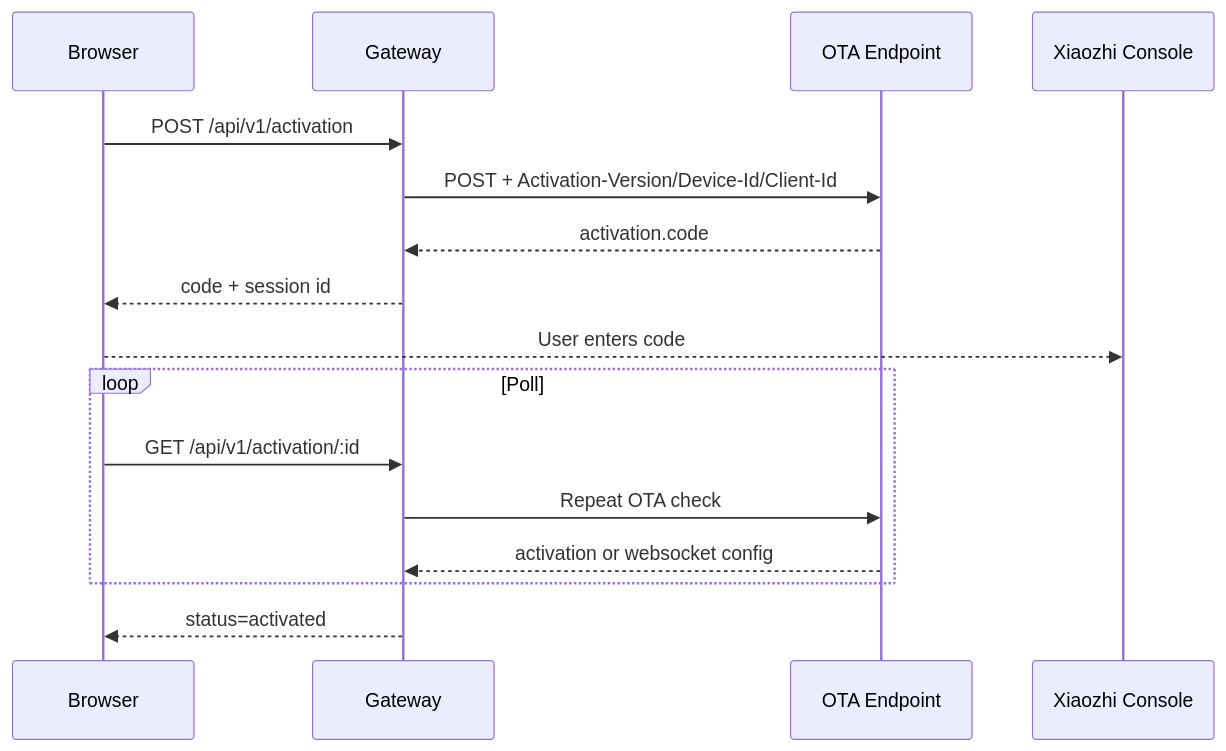
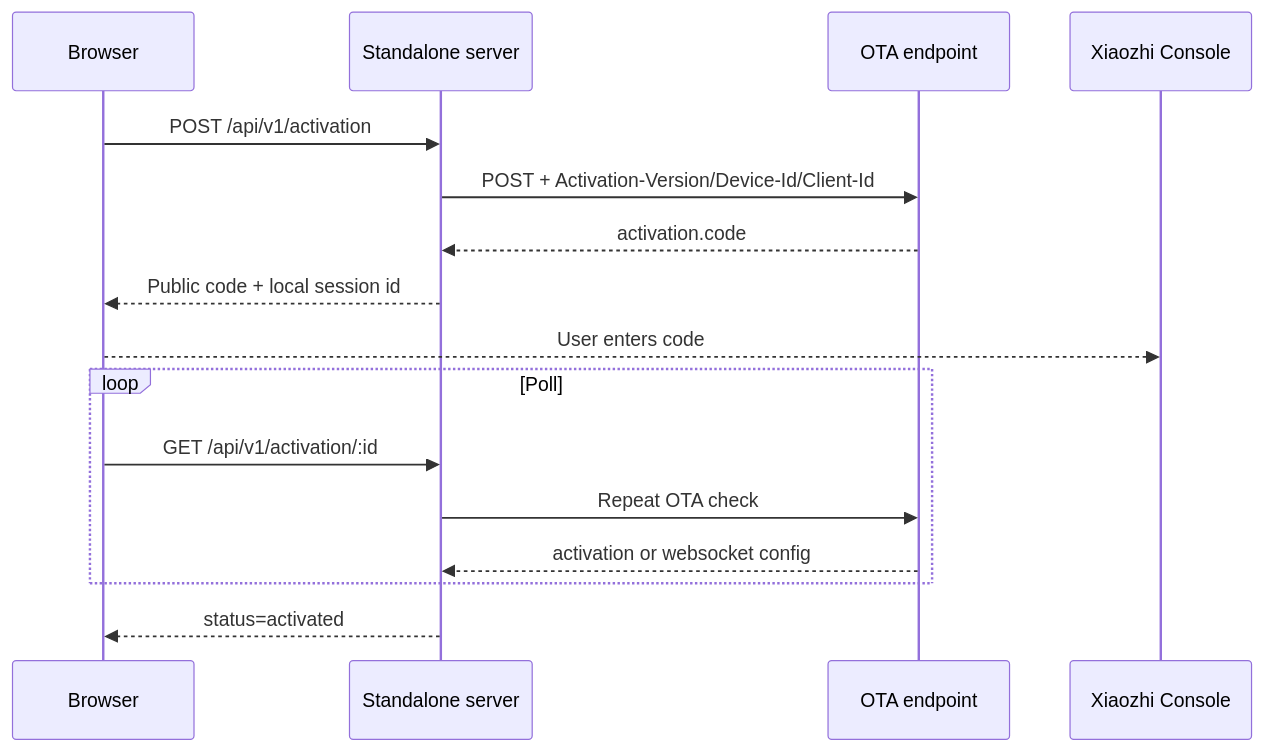
Before and after one commit to Base27-CVNSS/ViPocket-Xiaozhi: the third of 4 diagrams in docs/ARCHITECTURE.md, drawn with Mermaid. The commit also changed other lines of this file, not shown here.

Commit message:
docs: describe the one-process architecture

````diff
--- a/docs/ARCHITECTURE.md
+++ b/docs/ARCHITECTURE.md
@@ -44,19 +75,19 @@
 ```mermaid
 sequenceDiagram
   participant B as Browser
-  participant G as Gateway
-  participant O as OTA Endpoint
+  participant S as Standalone server
+  participant O as OTA endpoint
   participant C as Xiaozhi Console
 
-  B->>G: POST /api/v1/activation
-  G->>O: POST + Activation-Version/Device-Id/Client-Id
-  O-->>G: activation.code
-  G-->>B: code + session id
+  B->>S: POST /api/v1/activation
+  S->>O: POST + Activation-Version/Device-Id/Client-Id
+  O-->>S: activation.code
+  S-->>B: Public code + local session id
   B-->>C: User enters code
   loop Poll
-    B->>G: GET /api/v1/activation/:id
-    G->>O: Repeat OTA check
-    O-->>G: activation or websocket config
+    B->>S: GET /api/v1/activation/:id
+    S->>O: Repeat OTA check
+    O-->>S: activation or websocket config
   end
-  G-->>B: status=activated
+  S-->>B: status=activated
 ```
````
